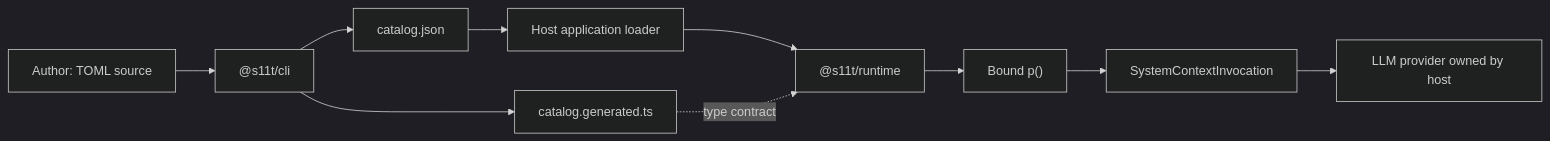
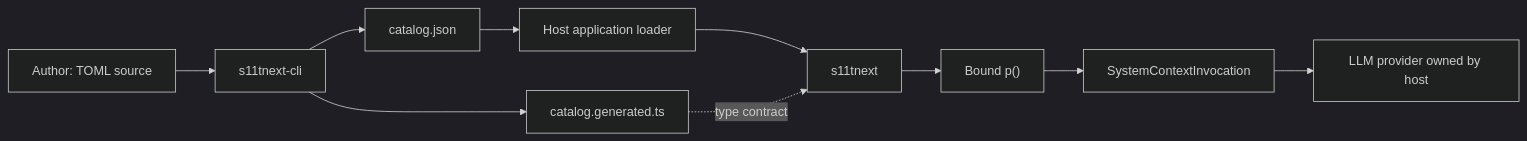
Before and after one commit to ugnoguchigxp/nightWorkers: the diagram in spec/docs/s11t-v0.1-implementation-plan.md, drawn with Mermaid (dark theme). The commit also changed other lines of this file and 22 other files, not shown here.

````diff
--- a/spec/docs/s11t-v0.1-implementation-plan.md
+++ b/spec/docs/s11t-v0.1-implementation-plan.md
@@ -169,22 +170,22 @@
 ```mermaid
 flowchart LR
     A["Author: TOML source"]
-    C["@s11t/cli"]
+    C["s11tnext-cli"]
     J["catalog.json"]
     T["catalog.generated.ts"]
     H["Host application loader"]
-    R["@s11t/runtime"]
+    R["s11tnext"]
     P["Bound p()"]
     I["SystemContextInvocation"]
     L["LLM provider owned by host"]
 
     A --> C
     C --> J
     C --> T
     J --> H
     H --> R
     T -. type contract .-> R
     R --> P
     P --> I
     I --> L
 ```
````
